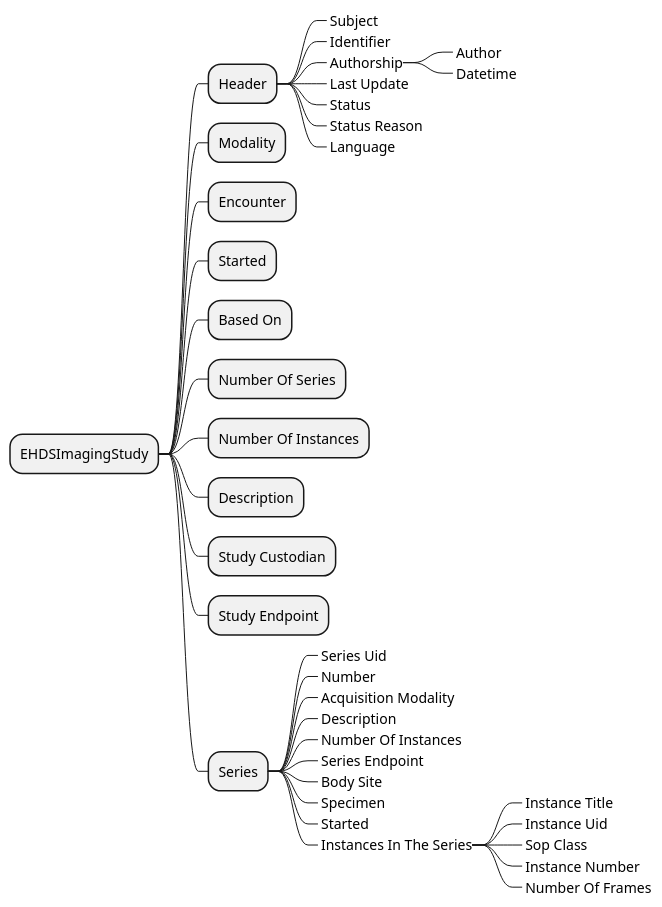
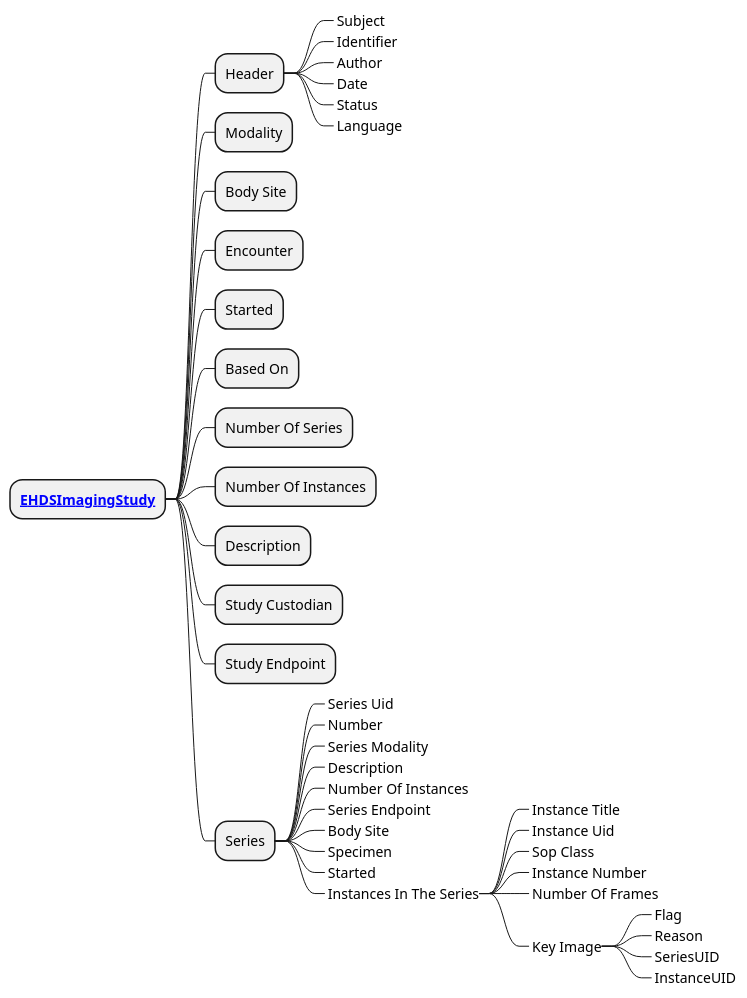
Before and after one commit to Xt-EHR/xt-ehr-common: the diagram in input/images-source/imgManifest_CIM.plantuml, drawn with PlantUML. The commit also changed 7 other files, not shown here.

Commit message:
new mindmaps for imaging, lab, meds

```diff
--- a/input/images-source/imgManifest_CIM.plantuml
+++ b/input/images-source/imgManifest_CIM.plantuml
@@ -1,38 +1,43 @@
 @startmindmap
-* EHDSImagingStudy
+skinparam topurl StructureDefinition-
+
+* **[[EHDSImagingStudy.html EHDSImagingStudy]]**
 ** Header
 ***_ Subject
 ***_ Identifier
-***_ Authorship
-****_ Author
-****_ Datetime
-***_ Last Update
+***_ Author
+***_ Date
 ***_ Status
-***_ Status Reason
 ***_ Language
 ** Modality
+** Body Site
 ** Encounter
 ** Started
 ** Based On
 ** Number Of Series
 ** Number Of Instances
 ** Description
 ** Study Custodian
 ** Study Endpoint
 ** Series
 ***_ Series Uid
 ***_ Number
-***_ Acquisition Modality
+***_ Series Modality
 ***_ Description
 ***_ Number Of Instances
 ***_ Series Endpoint
 ***_ Body Site
 ***_ Specimen
 ***_ Started
 ***_ Instances In The Series
 ****_ Instance Title
 ****_ Instance Uid
 ****_ Sop Class
 ****_ Instance Number
 ****_ Number Of Frames
+****_ Key Image
+*****_ Flag
+*****_ Reason
+*****_ SeriesUID
+*****_ InstanceUID
 @endmindmap
```
